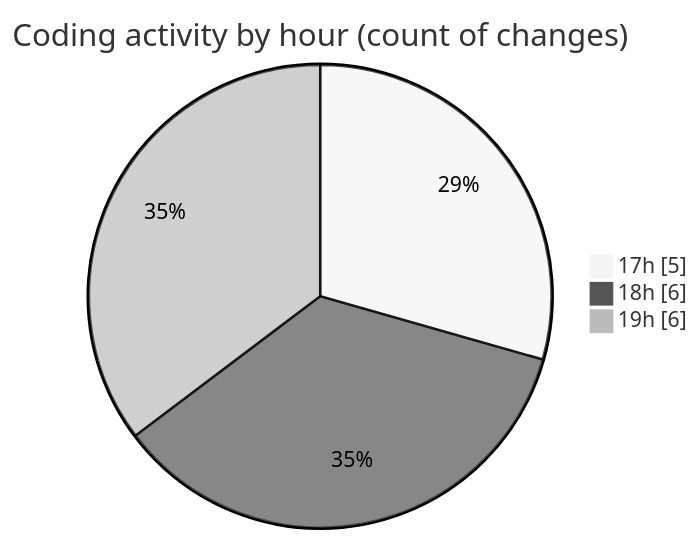
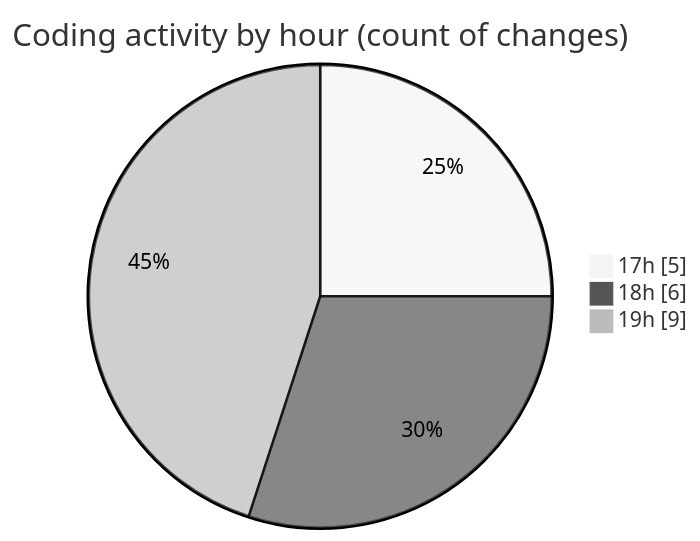
The second of 2 diagrams in 2026-02-01/singularitybrainai/README.md (tmsrecording-cyber/code-tracking), drawn with Mermaid (neutral theme) before and after one commit. The commit also changed other lines of this file and 1 other file, not shown here.

````diff
--- a/2026-02-01/singularitybrainai/README.md
+++ b/2026-02-01/singularitybrainai/README.md
@@ -33,7 +34,7 @@
 ```mermaid
 pie showData
 title Coding activity by hour (count of changes)
 "17h" : 5
 "18h" : 6
-"19h" : 6
+"19h" : 9
 ```
````
